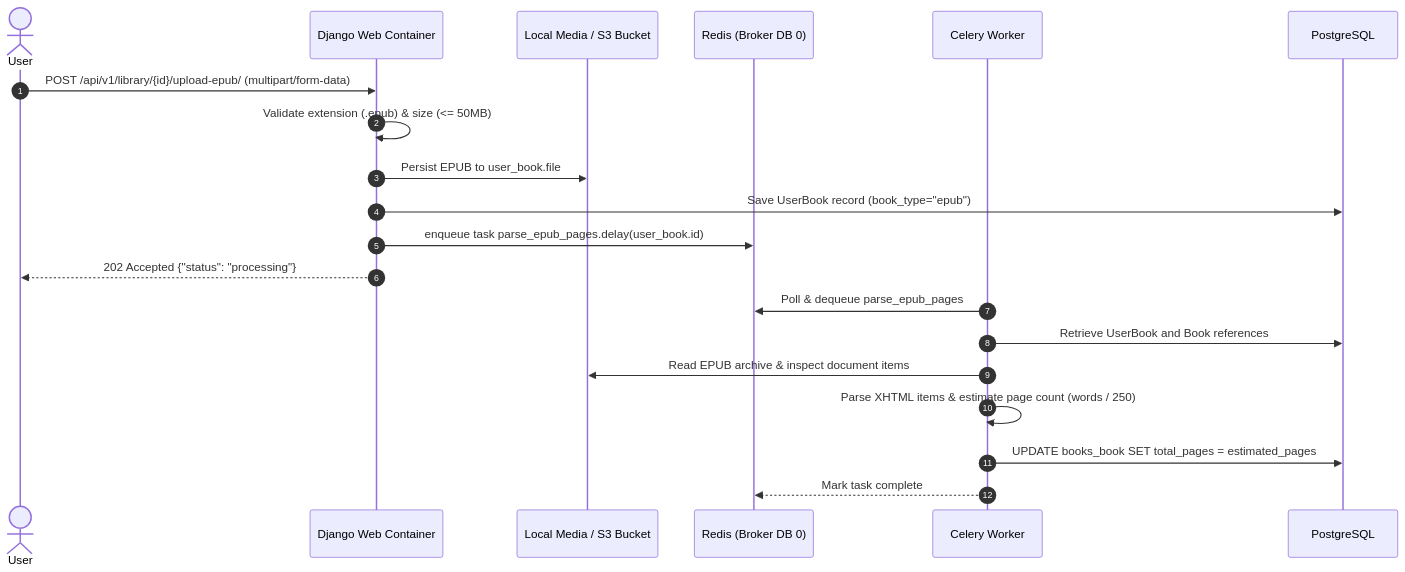
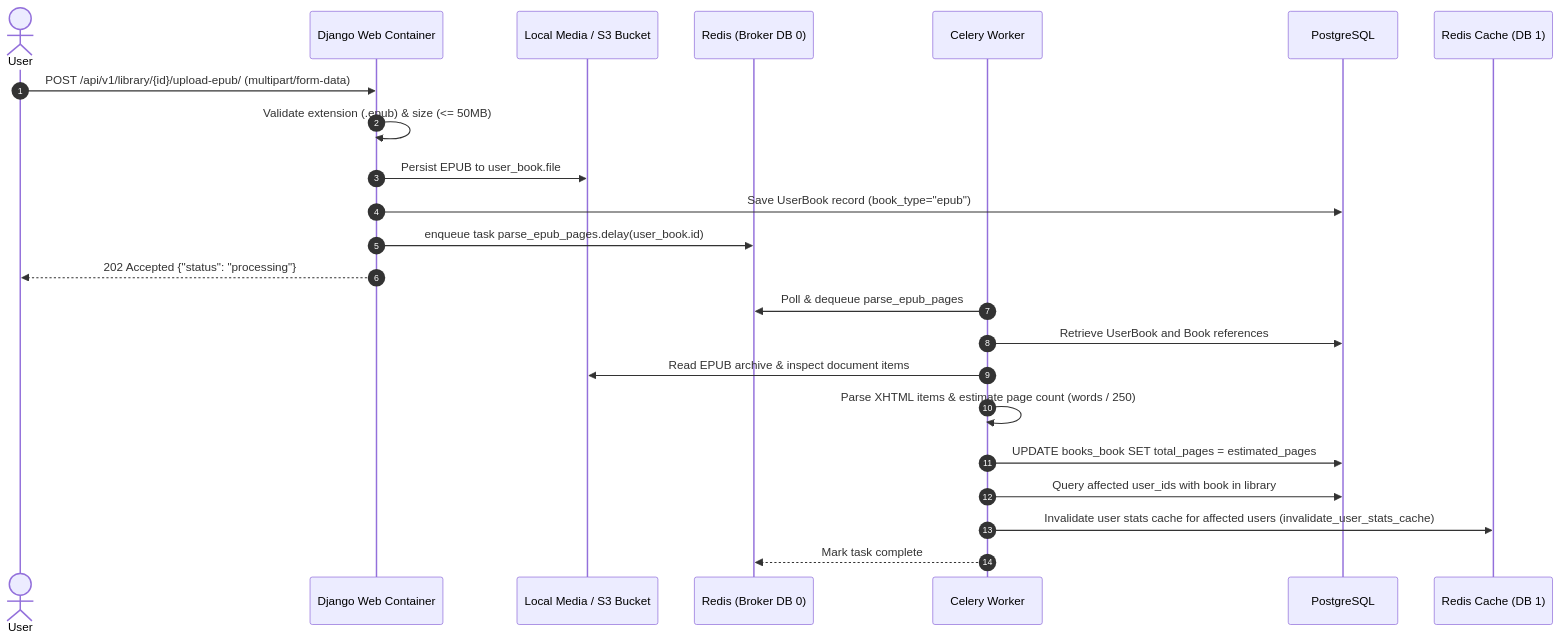
One commit to 10Sumedh01/cozy-reads-api changed the third of 5 diagrams in README.md. Above: the diagram before and after it, drawn with Mermaid. The commit also changed other lines of this file, not shown here.

First line of the commit message:
Enhance caching architecture and invalidation strategy in README

````diff
--- a/README.md
+++ b/README.md
@@ -156,24 +159,27 @@
 ```mermaid
 sequenceDiagram
     autonumber
     actor User
     participant Web as Django Web Container
     participant FS as Local Media / S3 Bucket
     participant Redis as Redis (Broker DB 0)
     participant Worker as Celery Worker
     participant DB as PostgreSQL
+    participant Cache as Redis Cache (DB 1)
 
     User->>Web: POST /api/v1/library/{id}/upload-epub/ (multipart/form-data)
     Web->>Web: Validate extension (.epub) & size (<= 50MB)
     Web->>FS: Persist EPUB to user_book.file
     Web->>DB: Save UserBook record (book_type="epub")
     Web->>Redis: enqueue task parse_epub_pages.delay(user_book.id)
     Web-->>User: 202 Accepted {"status": "processing"}
     
     Worker->>Redis: Poll & dequeue parse_epub_pages
     Worker->>DB: Retrieve UserBook and Book references
     Worker->>FS: Read EPUB archive & inspect document items
     Worker->>Worker: Parse XHTML items & estimate page count (words / 250)
     Worker->>DB: UPDATE books_book SET total_pages = estimated_pages
+    Worker->>DB: Query affected user_ids with book in library
+    Worker->>Cache: Invalidate user stats cache for affected users (invalidate_user_stats_cache)
     Worker-->>Redis: Mark task complete
 ```
````
